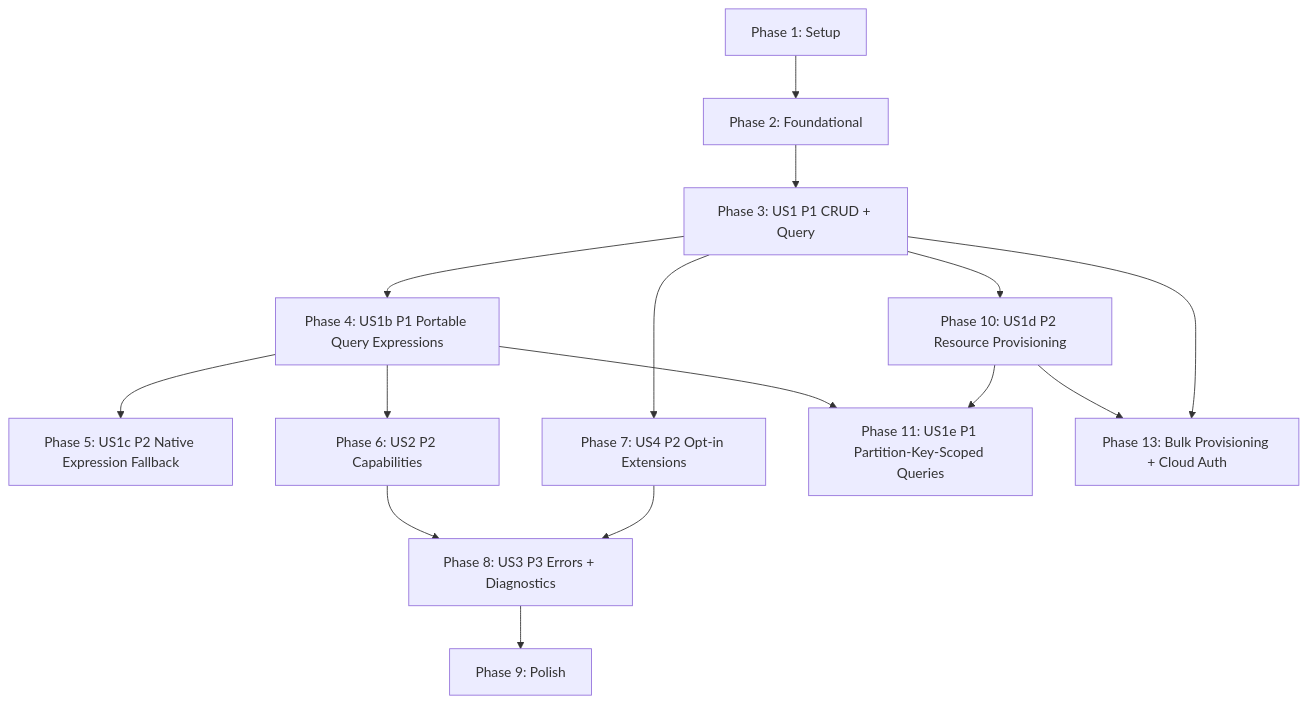
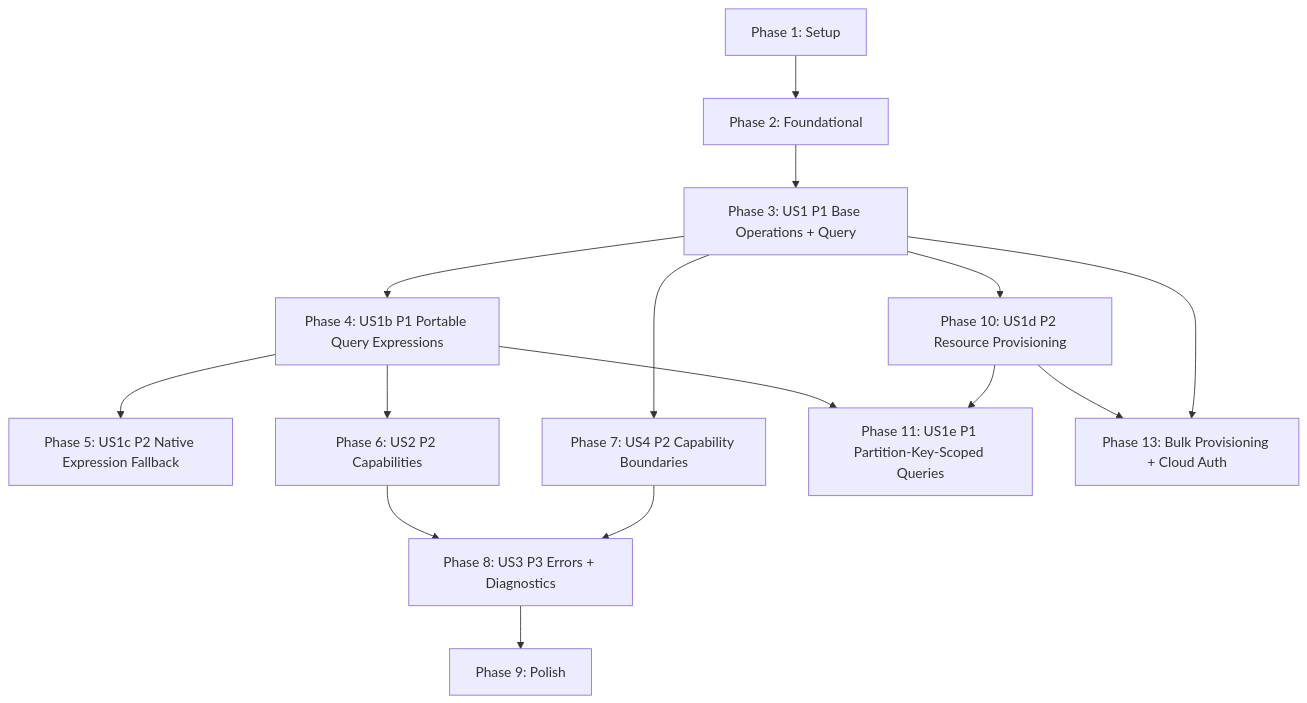
The diagram in specs/001-clouddb-sdk/tasks.md (allenkim0129/multiclouddb-sdk-for-java), drawn with Mermaid before and after one commit. The commit also changed other lines of this file and 89 other files, not shown here.

````diff
--- a/specs/001-clouddb-sdk/tasks.md
+++ b/specs/001-clouddb-sdk/tasks.md
@@ -347,17 +347,17 @@
 ```mermaid
 graph TD
     S1[Phase 1: Setup] --> F2[Phase 2: Foundational]
-    F2 --> US1[Phase 3: US1 P1 CRUD + Query]
+    F2 --> US1[Phase 3: US1 P1 Base Operations + Query]
     US1 --> US1b[Phase 4: US1b P1 Portable Query Expressions]
     US1b --> US1c[Phase 5: US1c P2 Native Expression Fallback]
     US1b --> US2[Phase 6: US2 P2 Capabilities]
-    US1 --> US4[Phase 7: US4 P2 Opt-in Extensions]
+    US1 --> US4[Phase 7: US4 P2 Capability Boundaries]
     US2 --> US3[Phase 8: US3 P3 Errors + Diagnostics]
     US4 --> US3
     US3 --> P9[Phase 9: Polish]
     US1 --> US1d[Phase 10: US1d P2 Resource Provisioning]
     US1b --> US1e[Phase 11: US1e P1 Partition-Key-Scoped Queries]
     US1d --> US1e
     US1d --> P13[Phase 13: Bulk Provisioning + Cloud Auth]
     US1 --> P13
 ```
````
